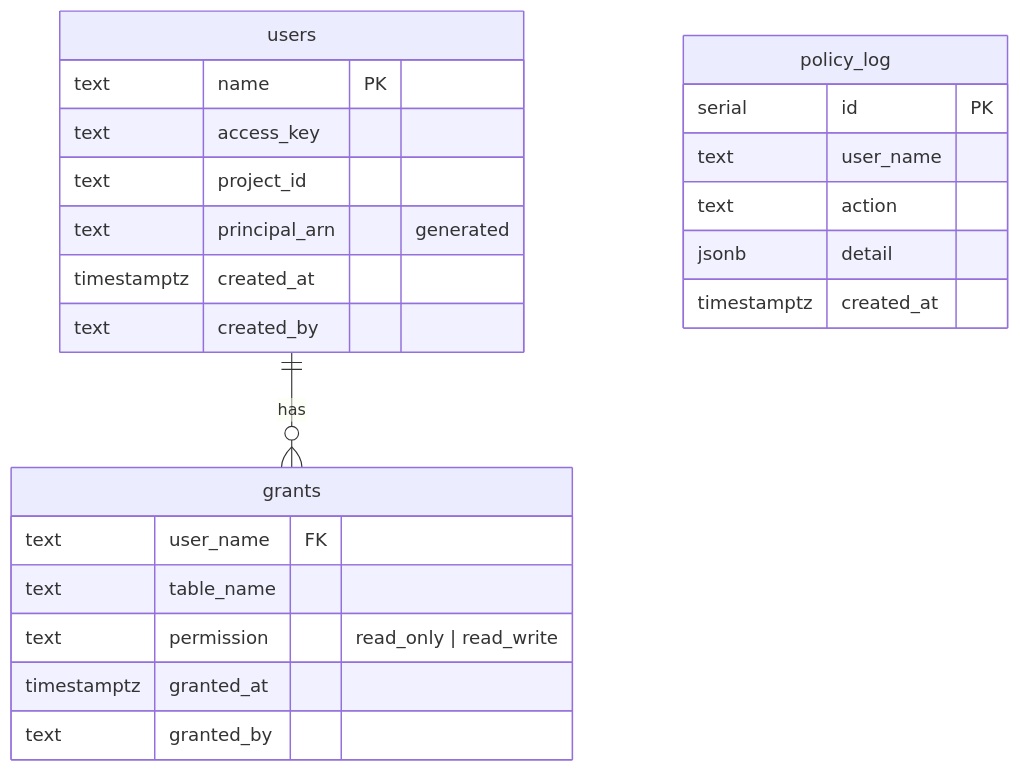
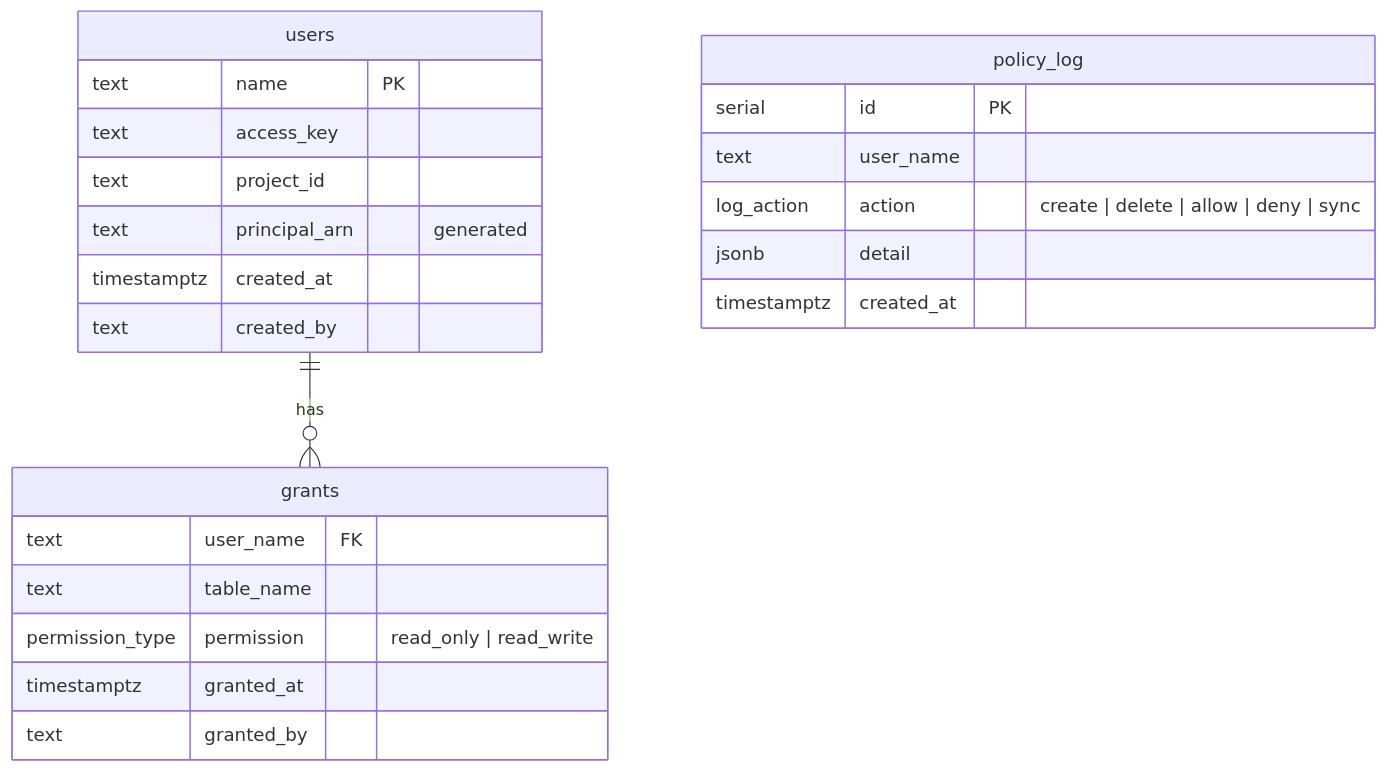
Before and after one commit to tintamarre/ducklake-guard: the diagram in docs/schema.md, drawn with Mermaid. The commit also changed other lines of this file and 3 other files, not shown here.

````diff
--- a/docs/schema.md
+++ b/docs/schema.md
@@ -5,26 +5,26 @@
 ```mermaid
 erDiagram
     users {
         text name PK
         text access_key
         text project_id
         text principal_arn "generated"
         timestamptz created_at
         text created_by
     }
     grants {
         text user_name FK
         text table_name
-        text permission "read_only | read_write"
+        permission_type permission "read_only | read_write"
         timestamptz granted_at
         text granted_by
     }
     policy_log {
         serial id PK
         text user_name
-        text action
+        log_action action "create | delete | allow | deny | sync"
         jsonb detail
         timestamptz created_at
     }
     users ||--o{ grants : has
 ```
````
